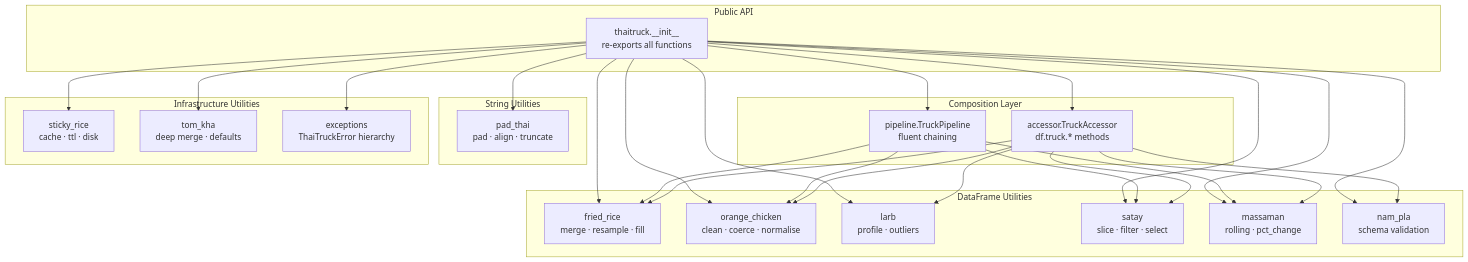
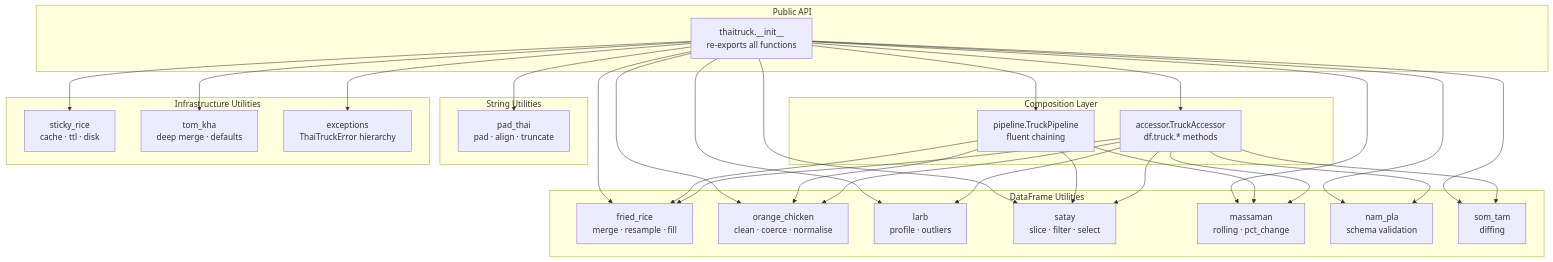
Before and after one commit to sgtidwellgit/ThaiTruck: the second of 4 diagrams in ARCHITECTURE.md, drawn with Mermaid. The commit also changed other lines of this file and 7 other files, not shown here.

First line of the commit message:
Add som_tam DataFrame diffing

````diff
--- a/ARCHITECTURE.md
+++ b/ARCHITECTURE.md
@@ -142,38 +149,39 @@
 ```mermaid
 graph TD
     subgraph Public API
         INIT[thaitruck.__init__<br/>re-exports all functions]
     end
 
     subgraph Composition Layer
         PIPE[pipeline.TruckPipeline<br/>fluent chaining]
         ACC[accessor.TruckAccessor<br/>df.truck.* methods]
     end
 
     subgraph DataFrame Utilities
         FR[fried_rice<br/>merge · resample · fill]
         OC[orange_chicken<br/>clean · coerce · normalise]
         LB[larb<br/>profile · outliers]
         ST[satay<br/>slice · filter · select]
         MM[massaman<br/>rolling · pct_change]
         NP_[nam_pla<br/>schema validation]
+        SOM[som_tam<br/>diffing]
     end
 
     subgraph String Utilities
         PT[pad_thai<br/>pad · align · truncate]
     end
 
     subgraph Infrastructure Utilities
         SR[sticky_rice<br/>cache · ttl · disk]
         TK[tom_kha<br/>deep merge · defaults]
         EX[exceptions<br/>ThaiTruckError hierarchy]
     end
 
     INIT --> PIPE & ACC
-    INIT --> FR & OC & LB & ST & MM & NP_
+    INIT --> FR & OC & LB & ST & MM & NP_ & SOM
     INIT --> PT
     INIT --> SR & TK & EX
 
     PIPE --> FR & OC & ST & MM
-    ACC --> FR & OC & LB & ST & MM & NP_
+    ACC --> FR & OC & LB & ST & MM & NP_ & SOM
 ```
````
